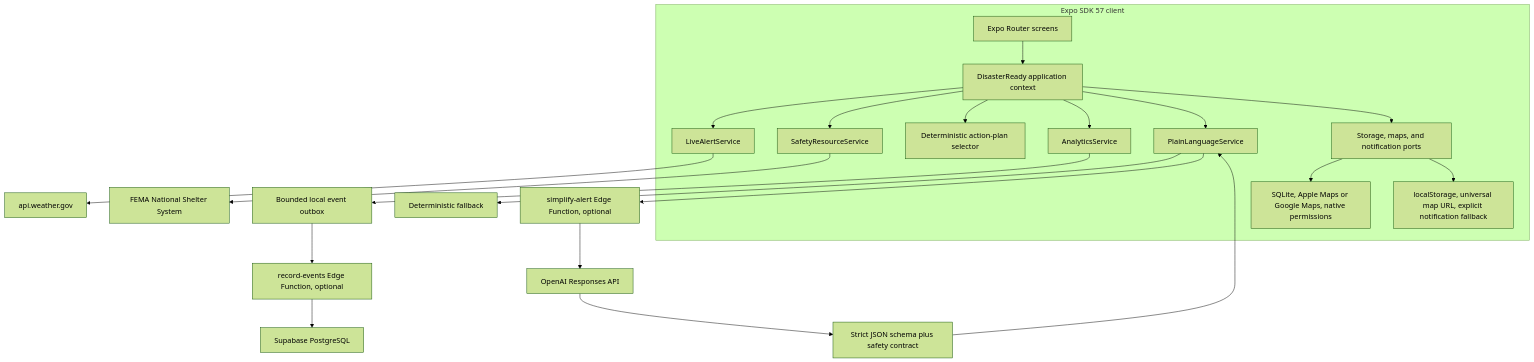
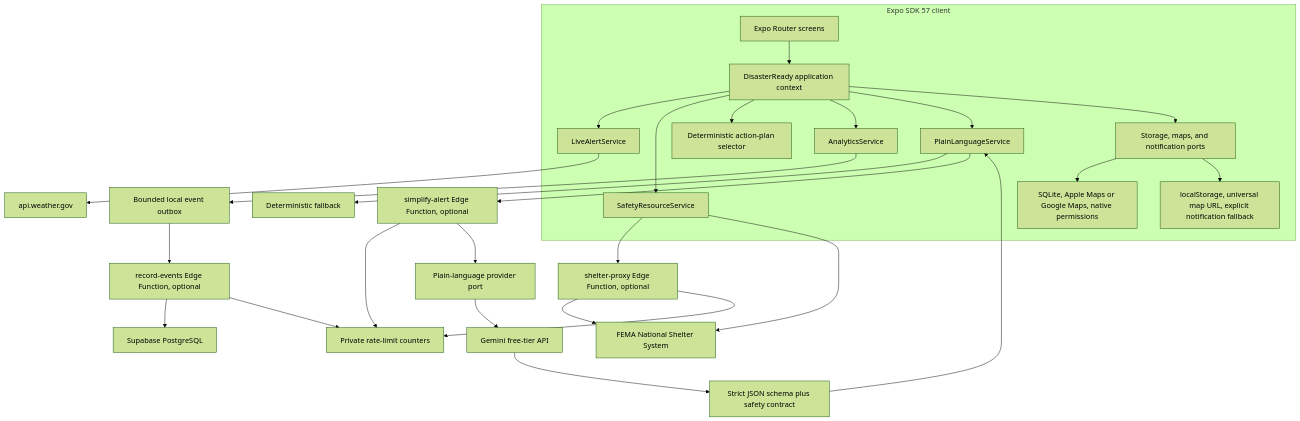
The first of 2 diagrams in docs/ARCHITECTURE.md (dhakshagona/disasterready), drawn with Mermaid (forest theme) before and after one commit. The commit also changed other lines of this file and 139 other files, not shown here.

````diff
--- a/docs/ARCHITECTURE.md
+++ b/docs/ARCHITECTURE.md
@@ -9,25 +9,31 @@
 ```mermaid
 flowchart TD
   subgraph Client["Expo SDK 57 client"]
     ROUTER["Expo Router screens"] --> CONTEXT["DisasterReady application context"]
     CONTEXT --> ALERTS["LiveAlertService"]
     CONTEXT --> RESOURCES["SafetyResourceService"]
     CONTEXT --> PLANS["Deterministic action-plan selector"]
     CONTEXT --> ANALYTICS["AnalyticsService"]
     CONTEXT --> PLAIN["PlainLanguageService"]
     CONTEXT --> PORTS["Storage, maps, and notification ports"]
     PORTS --> NATIVE["SQLite, Apple Maps or Google Maps, native permissions"]
     PORTS --> WEB["localStorage, universal map URL, explicit notification fallback"]
   end
 
   ALERTS --> NWS["api.weather.gov"]
-  RESOURCES --> FEMA["FEMA National Shelter System"]
+  RESOURCES --> SHELTEREDGE["shelter-proxy Edge Function, optional"]
+  SHELTEREDGE --> FEMA["FEMA National Shelter System"]
+  RESOURCES --> FEMA
   ANALYTICS --> OUTBOX["Bounded local event outbox"]
   PLAIN --> DETERMINISTIC["Deterministic fallback"]
   OUTBOX --> RECORD["record-events Edge Function, optional"]
   PLAIN --> SIMPLIFY["simplify-alert Edge Function, optional"]
   RECORD --> POSTGRES["Supabase PostgreSQL"]
-  SIMPLIFY --> OPENAI["OpenAI Responses API"]
-  OPENAI --> CONTRACT["Strict JSON schema plus safety contract"]
+  RECORD --> LIMITS["Private rate-limit counters"]
+  SIMPLIFY --> LIMITS
+  SHELTEREDGE --> LIMITS
+  SIMPLIFY --> PROVIDER["Plain-language provider port"]
+  PROVIDER --> GEMINI["Gemini free-tier API"]
+  GEMINI --> CONTRACT["Strict JSON schema plus safety contract"]
   CONTRACT --> PLAIN
 ```
````
